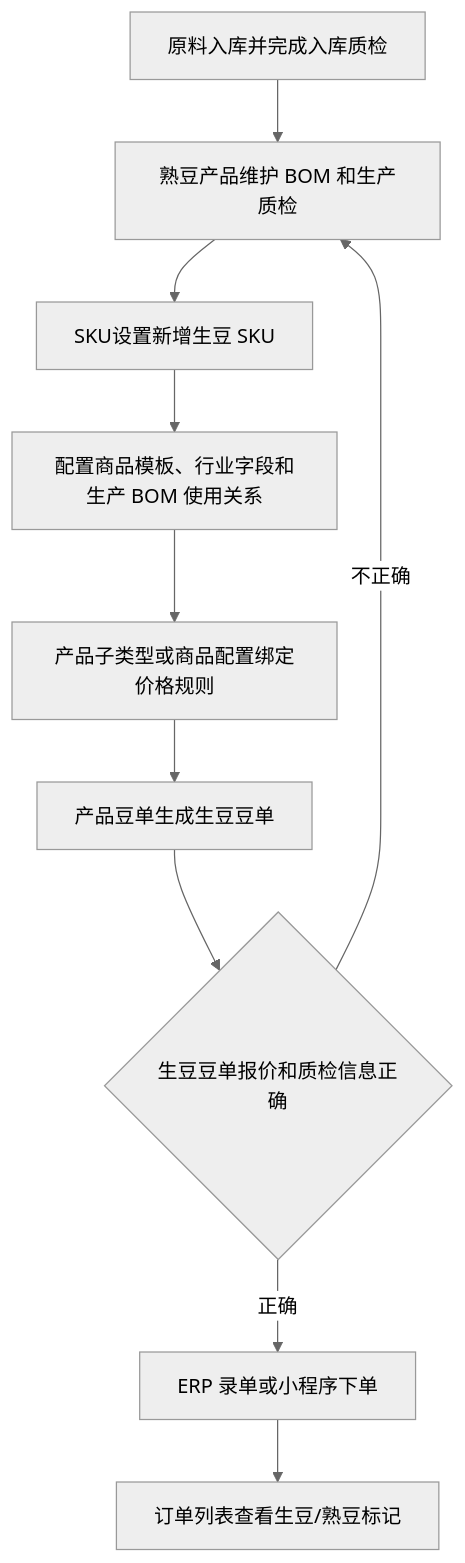
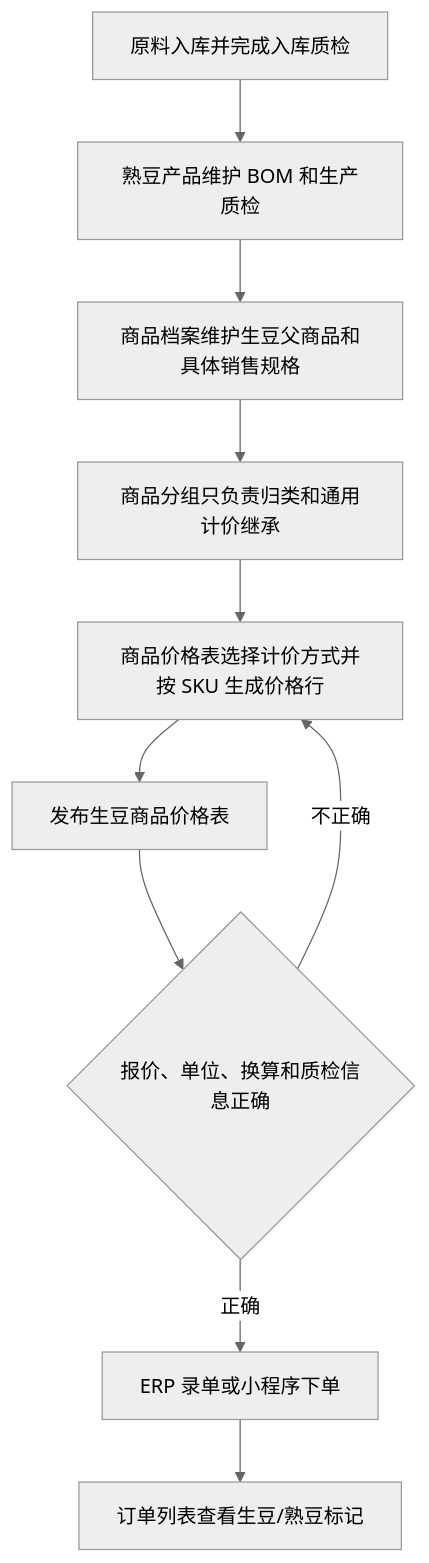
One commit to Backstage2539/KFerp changed the diagram in orderapp-remote/docs/OP_MANUAL_GREEN_BEAN_SALES.md. Above: the diagram before and after it, drawn with Mermaid (neutral theme). The commit also changed other lines of this file and 26 other files, not shown here.

````diff
--- a/orderapp-remote/docs/OP_MANUAL_GREEN_BEAN_SALES.md
+++ b/orderapp-remote/docs/OP_MANUAL_GREEN_BEAN_SALES.md
@@ -14,12 +14,12 @@
 ```mermaid
 flowchart TD
   A["原料入库并完成入库质检"] --> B["熟豆产品维护 BOM 和生产质检"]
-  B --> C["SKU设置新增生豆 SKU"]
-  C --> D["配置商品模板、行业字段和生产 BOM 使用关系"]
-  D --> E["产品子类型或商品配置绑定价格规则"]
-  E --> F["产品豆单生成生豆豆单"]
-  F --> G{"生豆豆单报价和质检信息正确"}
+  B --> C["商品档案维护生豆父商品和具体销售规格"]
+  C --> D["商品分组只负责归类和通用计价继承"]
+  D --> E["商品价格表选择计价方式并按 SKU 生成价格行"]
+  E --> F["发布生豆商品价格表"]
+  F --> G{"报价、单位、换算和质检信息正确"}
   G -->|正确| H["ERP 录单或小程序下单"]
-  G -->|不正确| B
+  G -->|不正确| E
   H --> I["订单列表查看生豆/熟豆标记"]
 ```
````
